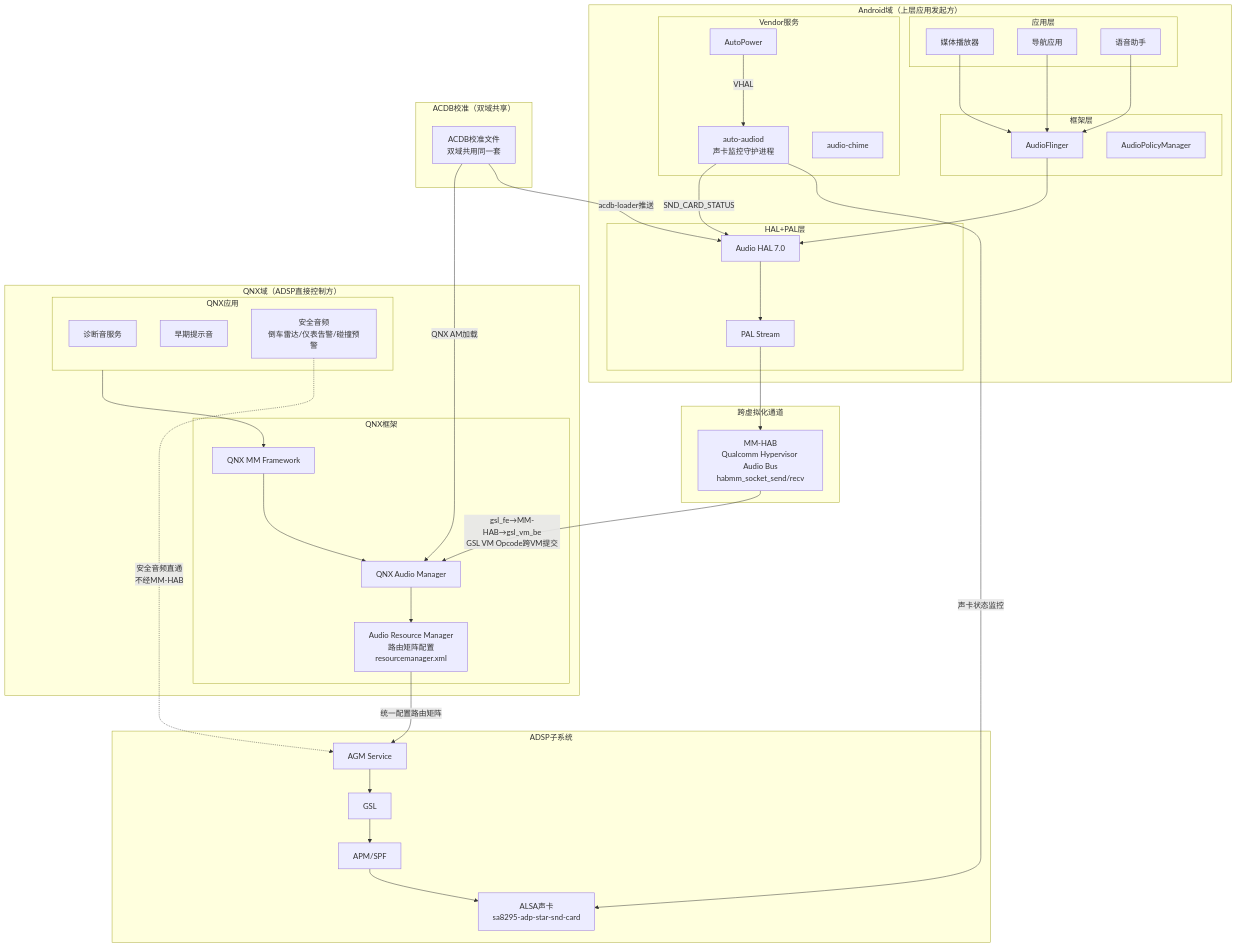
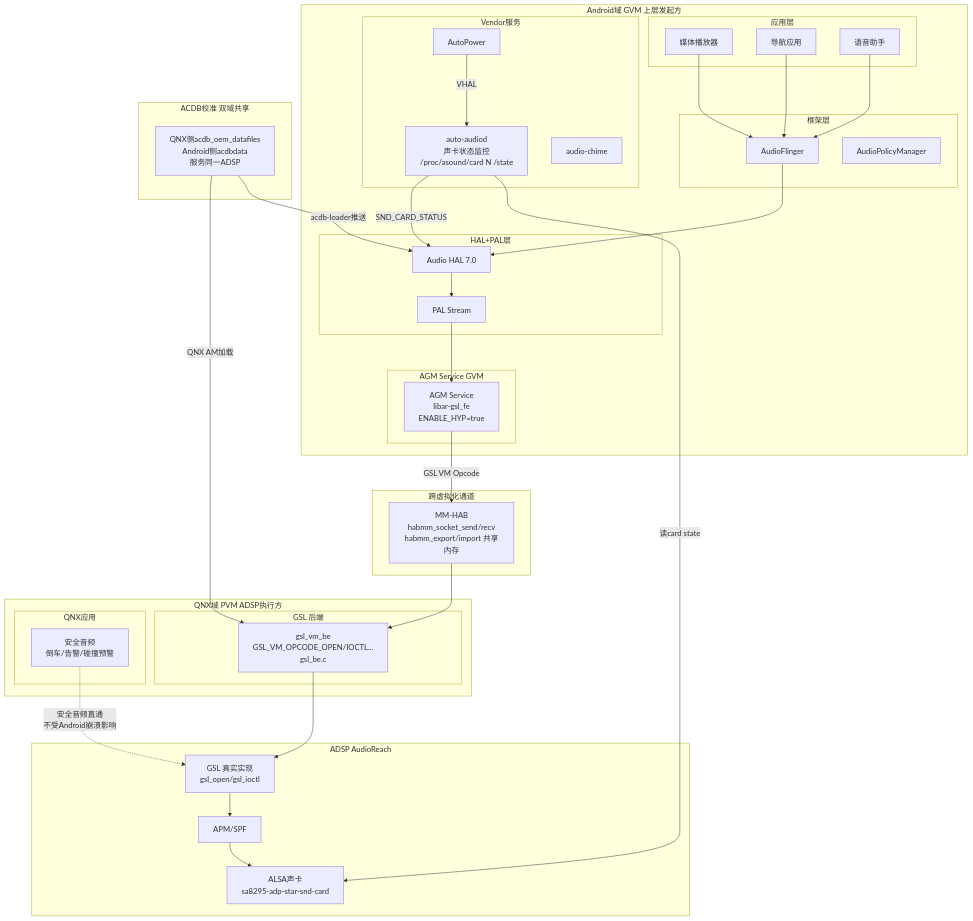
The first of 4 diagrams in 16_Vendor_QNX_Architecture/16_16.12_Android+QNX双域架构总结.md (yanglinzhen1022/SA8295_AAOS_QNX_Audio_KnowledgeBase), drawn with Mermaid before and after one commit. The commit also changed other lines of this file and 48 other files, not shown here.

````diff
--- a/16_Vendor_QNX_Architecture/16_16.12_Android+QNX双域架构总结.md
+++ b/16_Vendor_QNX_Architecture/16_16.12_Android+QNX双域架构总结.md
@@ -11,71 +27,68 @@
 ```mermaid
 graph TB
-    subgraph Android_Domain["Android域（上层应用发起方）"]
+    subgraph Android_Domain["Android域 GVM 上层发起方"]
         subgraph App_Layer["应用层"]
             MEDIA_APP[媒体播放器]
             NAVI_APP[导航应用]
             VOICE_APP[语音助手]
         end
 
         subgraph FW_Layer["框架层"]
             AF[AudioFlinger]
             APM_ANDROID[AudioPolicyManager]
         end
 
         subgraph HAL_PAL["HAL+PAL层"]
             AHAL[Audio HAL 7.0]
             PAL_STREAM[PAL Stream]
         end
 
+        subgraph AGM_GVM["AGM Service GVM"]
+            AGM_SVC_G["AGM Service<br/>libar-gsl_fe<br/>ENABLE_HYP=true"]
+        end
+
         subgraph Vendor_Services["Vendor服务"]
-            AUTO_AUDIOD["auto-audiod<br/>声卡监控守护进程"]
+            AUTO_AUDIOD["auto-audiod<br/>声卡状态监控<br/>/proc/asound/card N /state"]
             AUTO_POWER[AutoPower]
             AUDIO_CHIME[audio-chime]
         end
     end
 
     subgraph Cross_VM_Channel["跨虚拟化通道"]
-        HAB_VM["MM-HAB<br/>Qualcomm Hypervisor Audio Bus<br/>habmm_socket_send/recv"]
+        HAB_VM["MM-HAB<br/>habmm_socket_send/recv<br/>habmm_export/import 共享内存"]
     end
 
-    subgraph QNX_Domain["QNX域（ADSP直接控制方）"]
+    subgraph QNX_Domain["QNX域 PVM ADSP执行方"]
+        subgraph QNX_BE["GSL 后端"]
+            GSL_VM_BE["gsl_vm_be<br/>GSL_VM_OPCODE_OPEN/IOCTL...<br/>gsl_be.c"]
+        end
         subgraph QNX_Apps["QNX应用"]
-            DIAG[诊断音服务]
-            EARLY_CHIME[早期提示音]
-            SAFETY_AUDIO["安全音频<br/>倒车雷达/仪表告警/碰撞预警"]
-        end
-
-        subgraph QNX_FW["QNX框架"]
-            QNX_MM[QNX MM Framework]
-            QNX_AM[QNX Audio Manager]
-            QNX_ARM["Audio Resource Manager<br/>路由矩阵配置<br/>resourcemanager.xml"]
+            SAFETY_AUDIO["安全音频<br/>倒车/告警/碰撞预警"]
         end
     end
 
-    subgraph DSP_Subsystem["ADSP子系统"]
-        AGM_SVC[AGM Service]
-        GSL[GSL]
+    subgraph DSP_Subsystem["ADSP AudioReach"]
+        GSL["GSL 真实实现<br/>gsl_open/gsl_ioctl"]
         APM_DSP[APM/SPF]
         SND_CARD["ALSA声卡<br/>sa8295-adp-star-snd-card"]
     end
 
-    subgraph ACDB_Shared["ACDB校准（双域共享）"]
-        ACDB_FILES["ACDB校准文件<br/>双域共用同一套"]
+    subgraph ACDB_Shared["ACDB校准 双域共享"]
+        ACDB_FILES["QNX侧acdb_oem_datafiles<br/>Android侧acdbdata<br/>服务同一ADSP"]
     end
 
-    MEDIA_APP --> AF --> AHAL --> PAL_STREAM --> HAB_VM
+    MEDIA_APP --> AF --> AHAL --> PAL_STREAM --> AGM_SVC_G
     NAVI_APP --> AF
     VOICE_APP --> AF
-    HAB_VM -->|"gsl_fe→MM-HAB→gsl_vm_be<br/>GSL VM Opcode跨VM提交"| QNX_AM
-    QNX_AM --> QNX_ARM -->|"统一配置路由矩阵"| AGM_SVC
-    QNX_Apps --> QNX_MM --> QNX_AM
-    SAFETY_AUDIO -.->|"安全音频直通<br/>不经MM-HAB"| AGM_SVC
-    AGM_SVC --> GSL --> APM_DSP --> SND_CARD
+    AGM_SVC_G -->|"GSL VM Opcode"| HAB_VM
+    HAB_VM --> GSL_VM_BE
+    GSL_VM_BE --> GSL --> APM_DSP --> SND_CARD
+    SAFETY_AUDIO -.->|"安全音频直通<br/>不受Android崩溃影响"| GSL
 
-    AUTO_AUDIOD -->|声卡状态监控| SND_CARD
+    AUTO_AUDIOD -->|"读card state"| SND_CARD
     AUTO_AUDIOD -->|SND_CARD_STATUS| AHAL
     AUTO_POWER -->|VHAL| AUTO_AUDIOD
 
     ACDB_FILES -->|acdb-loader推送| AHAL
-    ACDB_FILES -->|QNX AM加载| QNX_AM
+    ACDB_FILES -->|QNX AM加载| GSL_VM_BE
 ```
````
